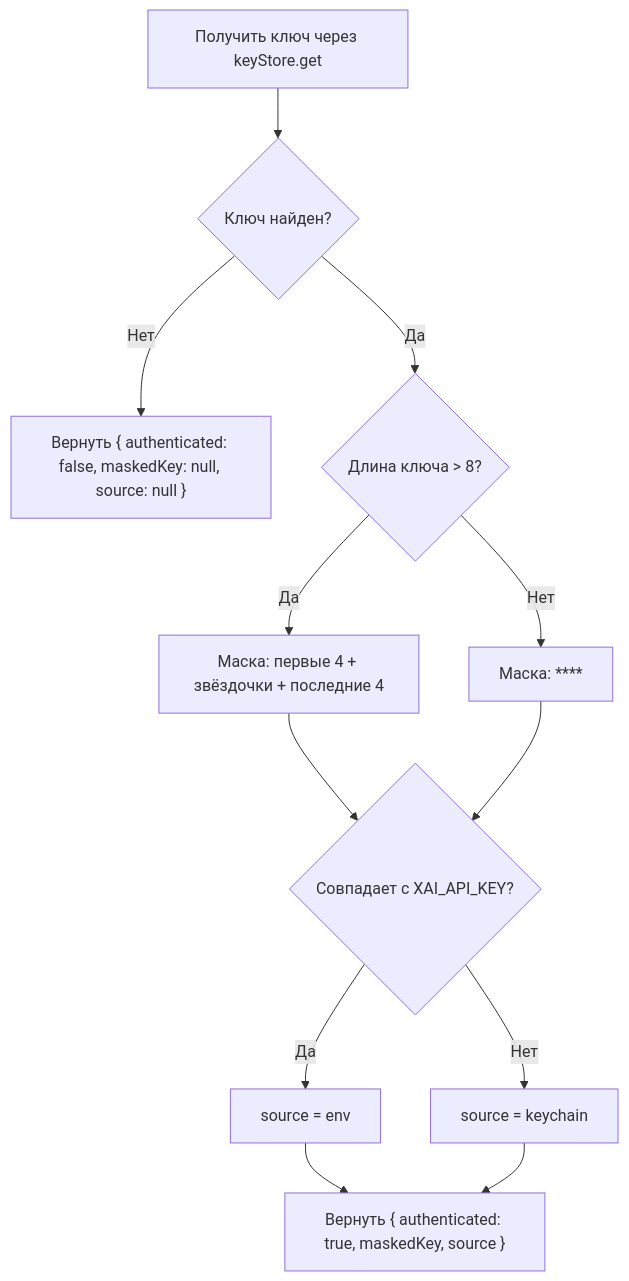
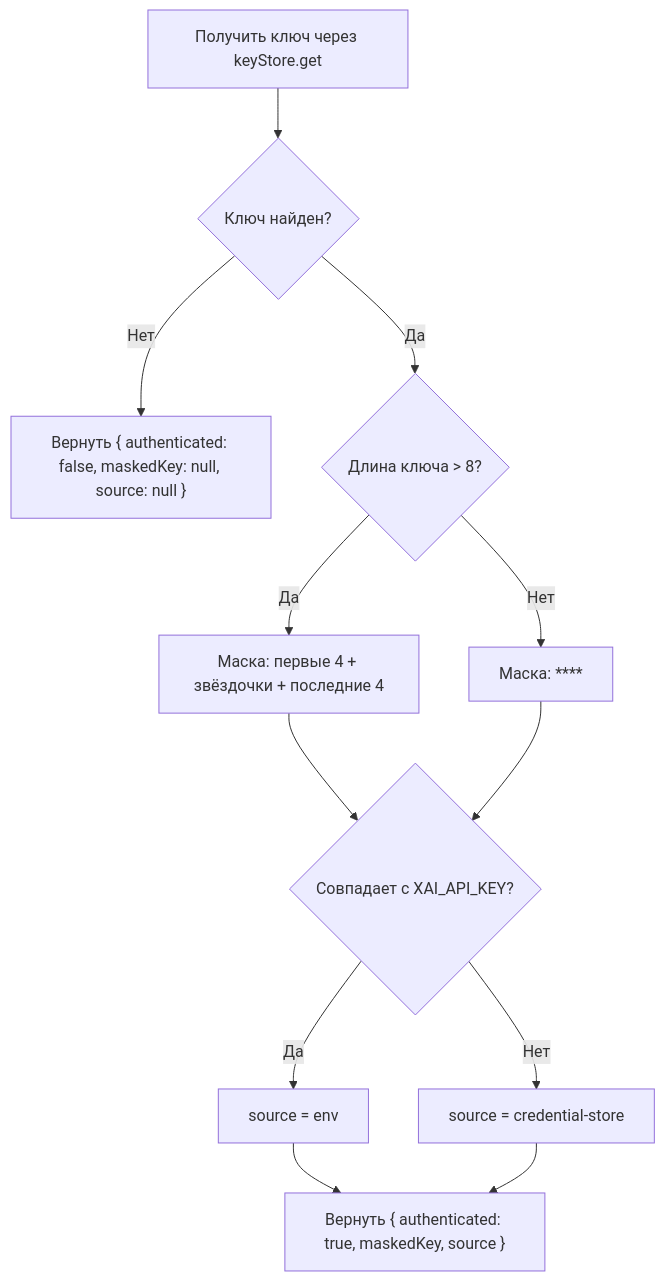
Before and after one commit to cyberash-dev/grok-image-cli: the diagram in spec/usecases/get-auth-status.md, drawn with Mermaid. The commit also changed other lines of this file and 11 other files, not shown here.

````diff
--- a/spec/usecases/get-auth-status.md
+++ b/spec/usecases/get-auth-status.md
@@ -45,14 +45,14 @@
 ```mermaid
 flowchart TD
   A[Получить ключ через keyStore.get] --> B{Ключ найден?}
   B -->|Нет| C["Вернуть { authenticated: false, maskedKey: null, source: null }"]
   B -->|Да| D{Длина ключа > 8?}
   D -->|Да| E["Маска: первые 4 + звёздочки + последние 4"]
   D -->|Нет| F["Маска: ****"]
   E --> G{Совпадает с XAI_API_KEY?}
   F --> G
   G -->|Да| H["source = env"]
-  G -->|Нет| I["source = keychain"]
+  G -->|Нет| I["source = credential-store"]
   H --> J["Вернуть { authenticated: true, maskedKey, source }"]
   I --> J
 ```
````
